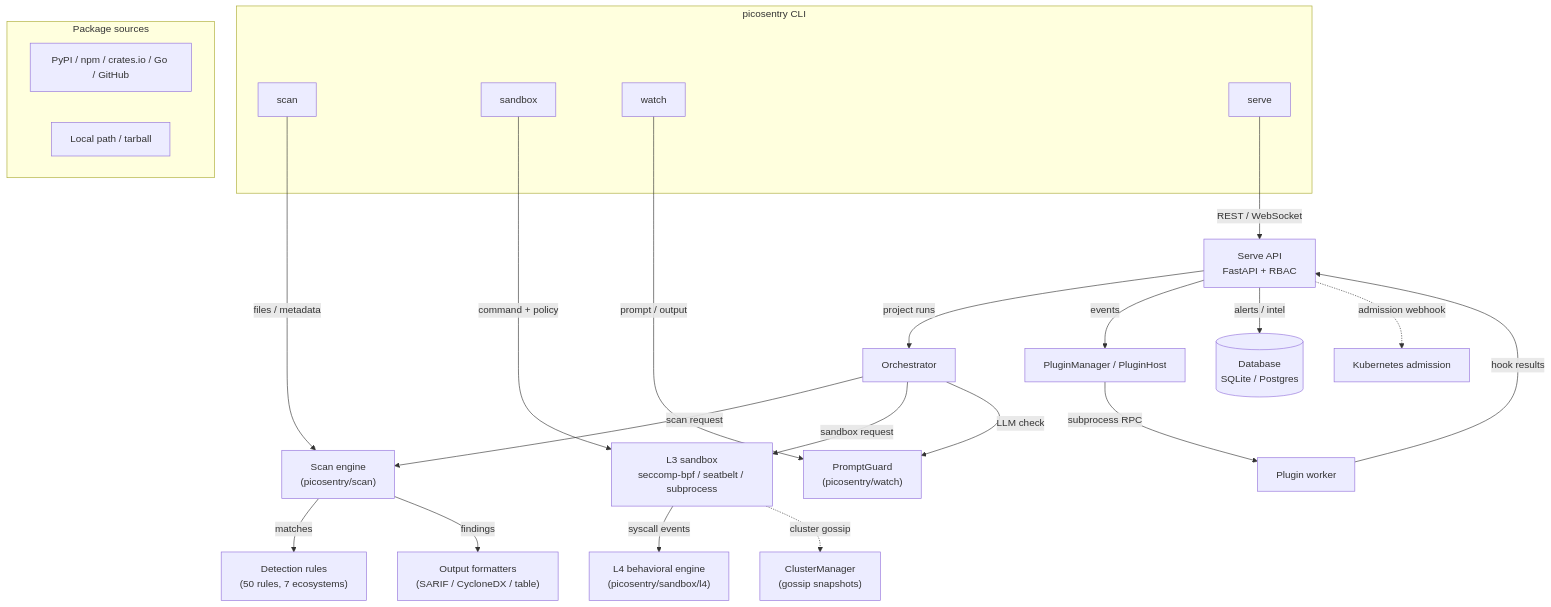
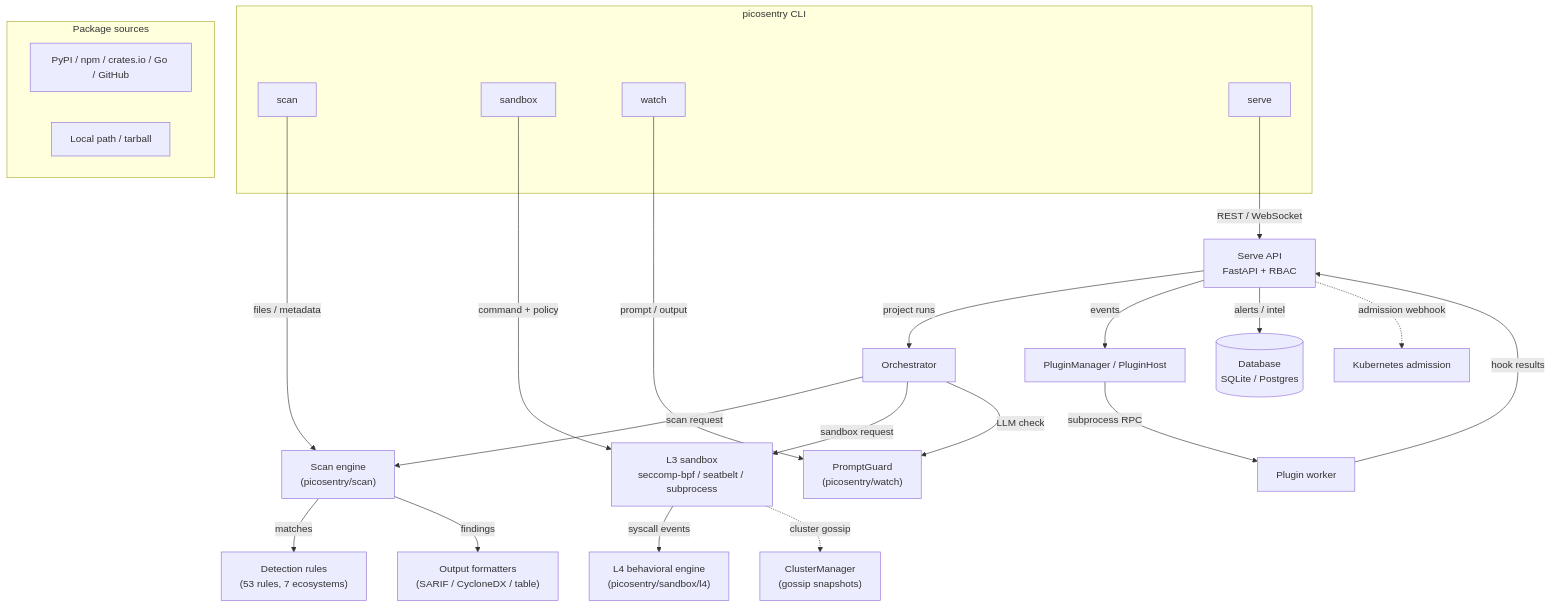
The diagram in docs/ARCHITECTURE.md (KirkForge/PicoSentry), drawn with Mermaid before and after one commit. The commit also changed other lines of this file and 31 other files, not shown here.

````diff
--- a/docs/ARCHITECTURE.md
+++ b/docs/ARCHITECTURE.md
@@ -10,38 +10,38 @@
 ```mermaid
 flowchart TB
     subgraph CLI["picosentry CLI"]
         scan["scan"]
         sandbox["sandbox"]
         watch["watch"]
         serve["serve"]
     end
 
     subgraph Sources["Package sources"]
         pypi["PyPI / npm / crates.io / Go / GitHub"]
         local["Local path / tarball"]
     end
 
     scan -->|"files / metadata"| Engine["Scan engine\n(picosentry/scan)"]
-    Engine -->|"matches"| Rules["Detection rules\n(50 rules, 7 ecosystems)"]
+    Engine -->|"matches"| Rules["Detection rules\n(53 rules, 7 ecosystems)"]
     Engine -->|"findings"| Formatter["Output formatters\n(SARIF / CycloneDX / table)"]
 
     sandbox -->|"command + policy"| L3["L3 sandbox\nseccomp-bpf / seatbelt / subprocess"]
     L3 -->|"syscall events"| L4["L4 behavioral engine\n(picosentry/sandbox/l4)"]
 
     watch -->|"prompt / output"| PromptGuard["PromptGuard\n(picosentry/watch)"]
 
     serve -->|"REST / WebSocket"| API["Serve API\nFastAPI + RBAC"]
     API -->|"project runs"| Orchestrator["Orchestrator"]
     API -->|"events"| PluginMgr["PluginManager / PluginHost"]
     API -->|"alerts / intel"| DB[("Database\nSQLite / Postgres")]
 
     Orchestrator -->|"scan request"| Engine
     Orchestrator -->|"sandbox request"| L3
     Orchestrator -->|" LLM check"| PromptGuard
 
     PluginMgr -->|"subprocess RPC"| PluginWorker["Plugin worker"]
     PluginWorker -->|"hook results"| API
 
     L3 -.->|"cluster gossip"| Cluster["ClusterManager\n(gossip snapshots)"]
     API -.->|"admission webhook"| K8s["Kubernetes admission"]
 ```
````
